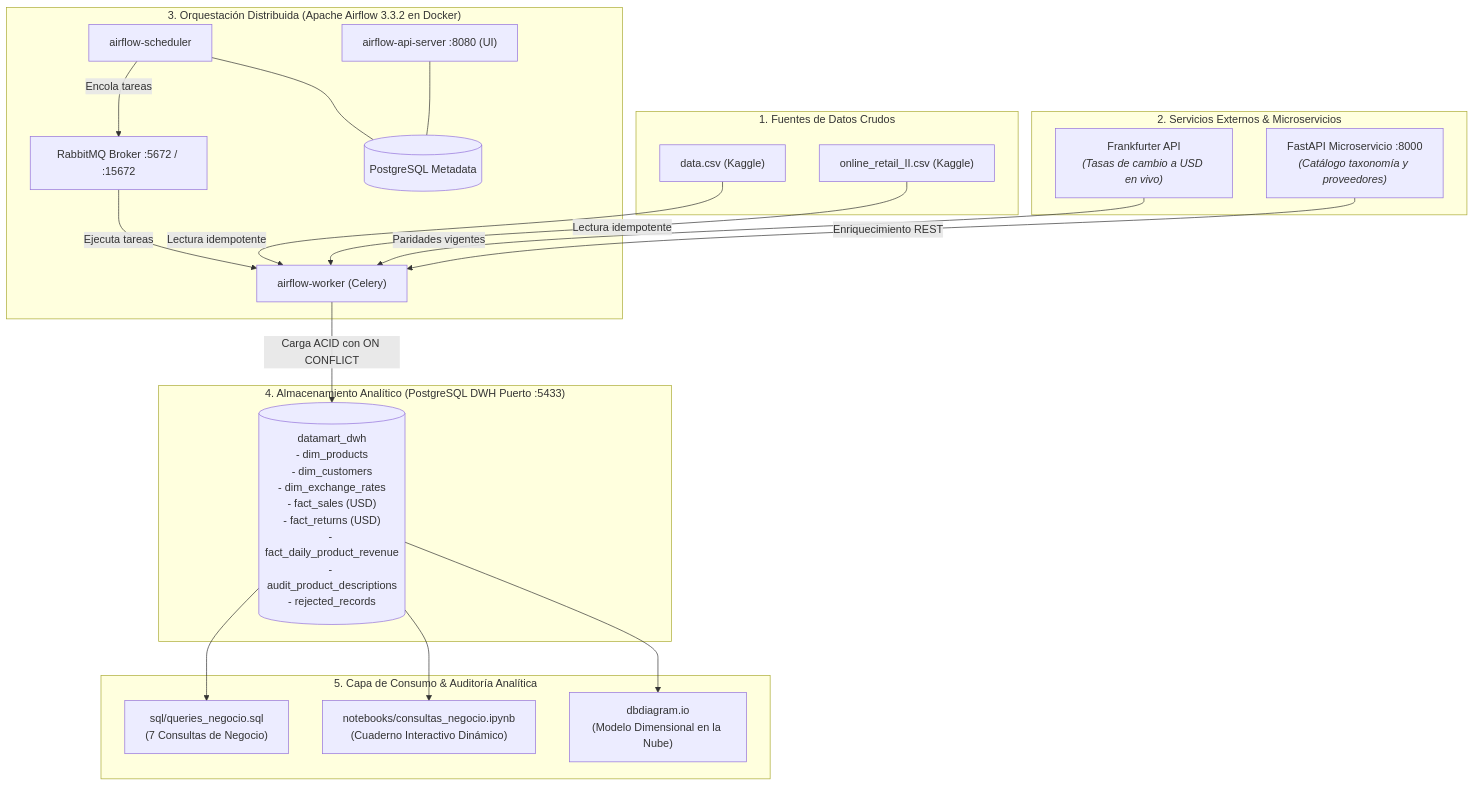
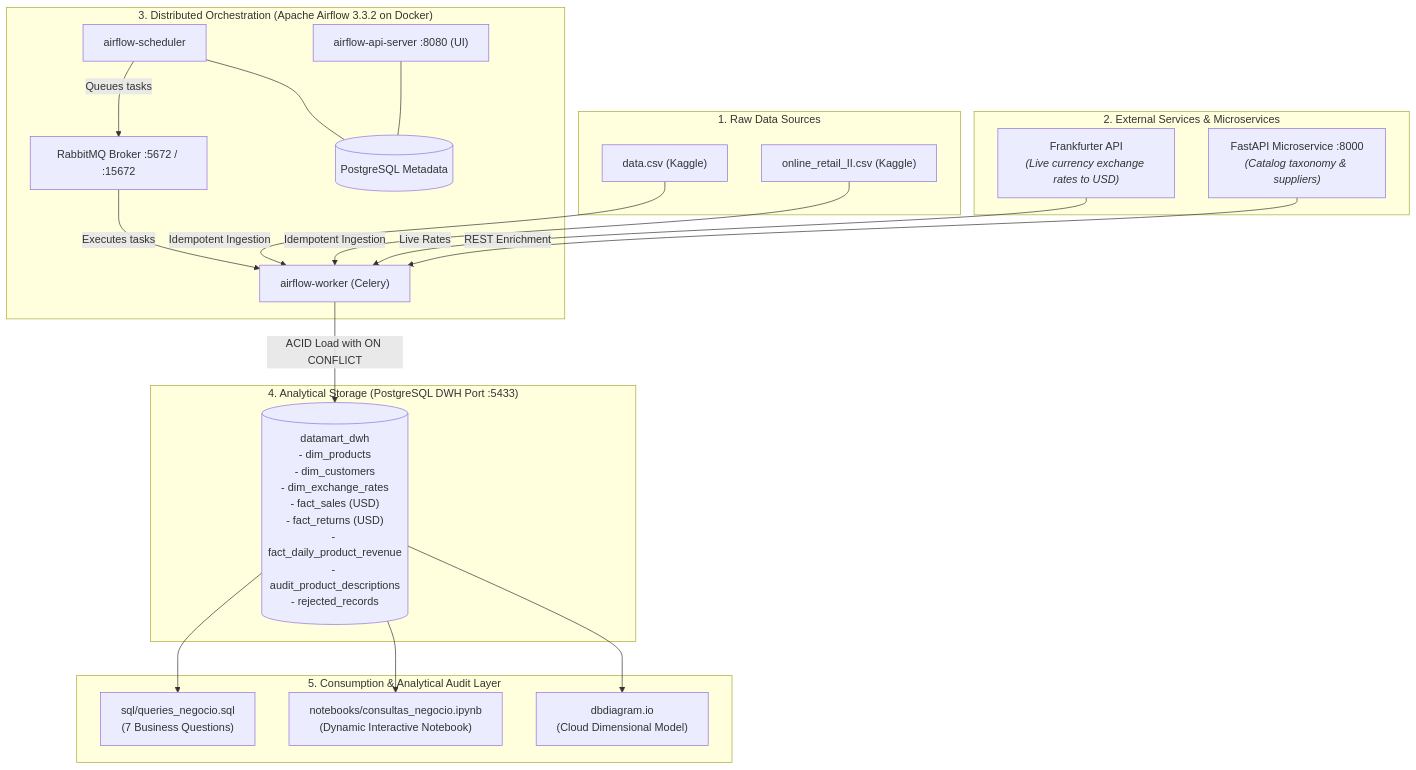
Before and after one commit to JayzirTech/datamart-analytics-etl-pipeline: the first of 4 diagrams in README.md, drawn with Mermaid. The commit also changed other lines of this file and 3 other files, not shown here.

````diff
--- a/README.md
+++ b/README.md
@@ -13,43 +15,43 @@
 ```mermaid
 graph TD
-    subgraph FUENTES["1. Fuentes de Datos Crudos"]
+    subgraph SOURCES["1. Raw Data Sources"]
         D1["data.csv (Kaggle)"]
         D2["online_retail_II.csv (Kaggle)"]
     end
 
-    subgraph SERVICIOS["2. Servicios Externos & Microservicios"]
-        API_CURR["Frankfurter API<br/><i>(Tasas de cambio a USD en vivo)</i>"]
-        FASTAPI["FastAPI Microservicio :8000<br/><i>(Catálogo taxonomía y proveedores)</i>"]
+    subgraph SERVICES["2. External Services & Microservices"]
+        API_CURR["Frankfurter API<br/><i>(Live currency exchange rates to USD)</i>"]
+        FASTAPI["FastAPI Microservice :8000<br/><i>(Catalog taxonomy & suppliers)</i>"]
     end
 
-    subgraph AIRFLOW["3. Orquestación Distribuida (Apache Airflow 3.3.2 en Docker)"]
+    subgraph AIRFLOW["3. Distributed Orchestration (Apache Airflow 3.3.2 on Docker)"]
         SCHED["airflow-scheduler"]
         WORKER["airflow-worker (Celery)"]
         RABBIT["RabbitMQ Broker :5672 / :15672"]
         WEB["airflow-api-server :8080 (UI)"]
         PG_META[("PostgreSQL Metadata")]
         
-        SCHED -->|Encola tareas| RABBIT
-        RABBIT -->|Ejecuta tareas| WORKER
+        SCHED -->|Queues tasks| RABBIT
+        RABBIT -->|Executes tasks| WORKER
         SCHED --- PG_META
         WEB --- PG_META
     end
 
-    subgraph DWH["4. Almacenamiento Analítico (PostgreSQL DWH Puerto :5433)"]
+    subgraph DWH["4. Analytical Storage (PostgreSQL DWH Port :5433)"]
         DWH_DB[("datamart_dwh<br/>- dim_products<br/>- dim_customers<br/>- dim_exchange_rates<br/>- fact_sales (USD)<br/>- fact_returns (USD)<br/>- fact_daily_product_revenue<br/>- audit_product_descriptions<br/>- rejected_records")]
     end
 
-    subgraph CONSUMO["5. Capa de Consumo & Auditoría Analítica"]
-        SQL["sql/queries_negocio.sql<br/>(7 Consultas de Negocio)"]
-        NOTEBOOK["notebooks/consultas_negocio.ipynb<br/>(Cuaderno Interactivo Dinámico)"]
-        DBDIAG["dbdiagram.io<br/>(Modelo Dimensional en la Nube)"]
+    subgraph CONSUMPTION["5. Consumption & Analytical Audit Layer"]
+        SQL["sql/queries_negocio.sql<br/>(7 Business Questions)"]
+        NOTEBOOK["notebooks/consultas_negocio.ipynb<br/>(Dynamic Interactive Notebook)"]
+        DBDIAG["dbdiagram.io<br/>(Cloud Dimensional Model)"]
     end
 
-    D1 & D2 -->|Lectura idempotente| WORKER
-    API_CURR -->|Paridades vigentes| WORKER
-    FASTAPI -->|Enriquecimiento REST| WORKER
-    WORKER -->|Carga ACID con ON CONFLICT| DWH_DB
+    D1 & D2 -->|Idempotent Ingestion| WORKER
+    API_CURR -->|Live Rates| WORKER
+    FASTAPI -->|REST Enrichment| WORKER
+    WORKER -->|ACID Load with ON CONFLICT| DWH_DB
     DWH_DB --> SQL
     DWH_DB --> NOTEBOOK
     DWH_DB --> DBDIAG
 ```
````
